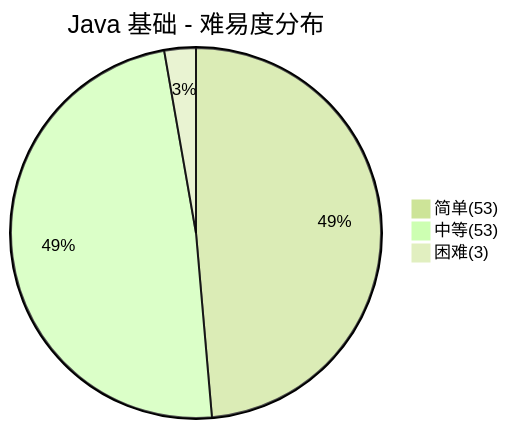
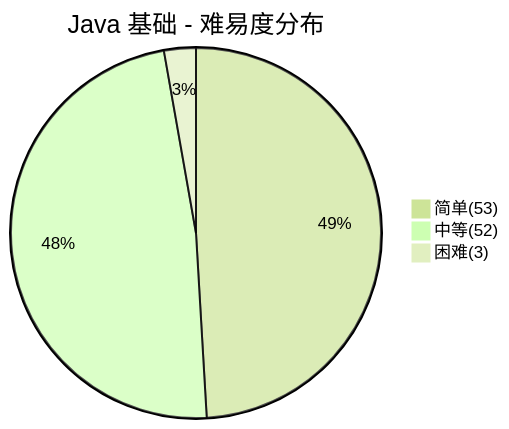
Before and after one commit to dunwu/waterdrop: the first of 4 diagrams in docs/99.面试/JavaCore面试.md, drawn with Mermaid (forest theme). The commit also changed other lines of this file and 50 other files, not shown here.

````diff
--- a/docs/99.面试/JavaCore面试.md
+++ b/docs/99.面试/JavaCore面试.md
@@ -34,6 +34,6 @@
 ```mermaid
 pie title Java 基础 - 难易度分布
     "简单(53)" : 53
-    "中等(53)" : 53
+    "中等(52)" : 52
     "困难(3)" : 3
 ```
````
